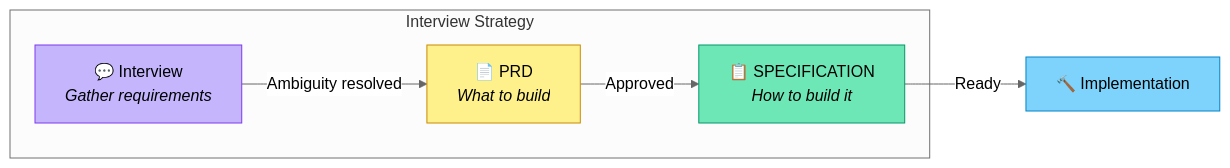
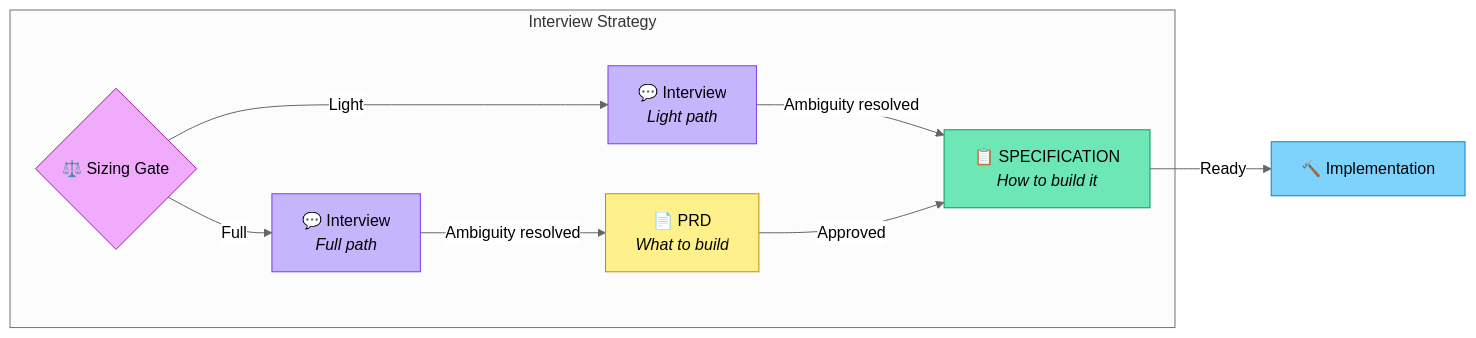
The diagram in strategies/interview.md (jsgoecke/deft), drawn with Mermaid (neutral theme) before and after one commit. The commit also changed other lines of this file and 44 other files, not shown here.

````diff
--- a/strategies/interview.md
+++ b/strategies/interview.md
@@ -18,17 +49,24 @@
 ```mermaid
 flowchart LR
     subgraph interview ["Interview Strategy"]
-        I["💬 Interview<br/><i>Gather requirements</i>"]
+        G{"⚖️ Sizing Gate"}
+        I_L["💬 Interview<br/><i>Light path</i>"]
+        I_F["💬 Interview<br/><i>Full path</i>"]
         P["📄 PRD<br/><i>What to build</i>"]
         S["📋 SPECIFICATION<br/><i>How to build it</i>"]
     end
 
-    I -->|"Ambiguity resolved"| P
+    G -->|"Light"| I_L
+    G -->|"Full"| I_F
+    I_L -->|"Ambiguity resolved"| S
+    I_F -->|"Ambiguity resolved"| P
     P -->|"Approved"| S
     S -->|"Ready"| IMPL["🔨 Implementation"]
 
-    style I fill:#c4b5fd,stroke:#7c3aed,color:#000
+    style G fill:#f0abfc,stroke:#a21caf,color:#000
+    style I_L fill:#c4b5fd,stroke:#7c3aed,color:#000
+    style I_F fill:#c4b5fd,stroke:#7c3aed,color:#000
     style P fill:#fef08a,stroke:#ca8a04,color:#000
     style S fill:#6ee7b7,stroke:#059669,color:#000
     style IMPL fill:#7dd3fc,stroke:#0284c7,color:#000
 ```
````
